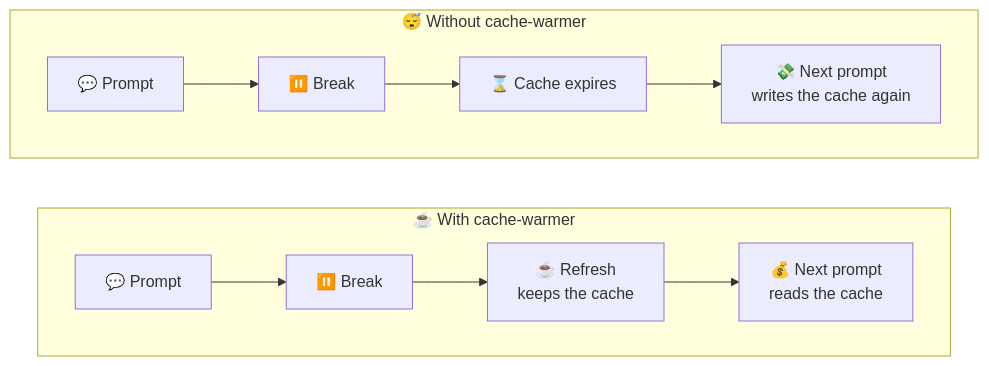
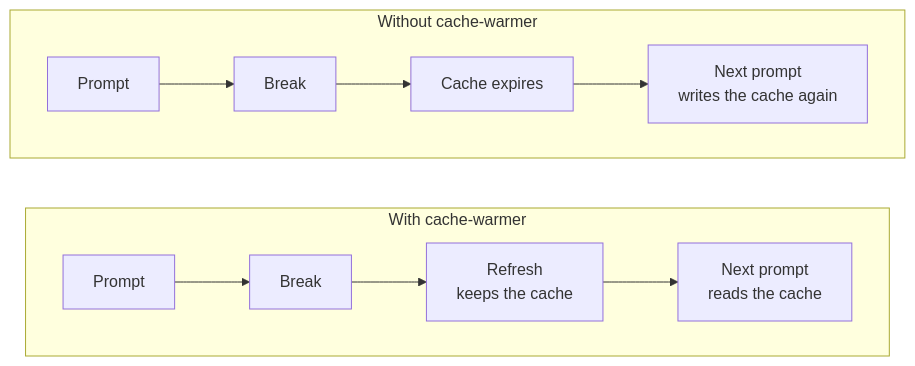
Before and after one commit to paulbkim-dev/claude-code-cache-warmer: the first of 2 diagrams in README.md, drawn with Mermaid. The commit also changed other lines of this file and 2 other files, not shown here.

````diff
--- a/README.md
+++ b/README.md
@@ -29,11 +30,11 @@
 ```mermaid
 flowchart LR
-    subgraph with["☕ With cache-warmer"]
+    subgraph with["With cache-warmer"]
         direction LR
-        b1["💬 Prompt"] --> b2["⏸️ Break"] --> b3["☕ Refresh<br/>keeps the cache"] --> b4["💰 Next prompt<br/>reads the cache"]
+        b1["Prompt"] --> b2["Break"] --> b3["Refresh<br/>keeps the cache"] --> b4["Next prompt<br/>reads the cache"]
     end
-    subgraph without["😴 Without cache-warmer"]
+    subgraph without["Without cache-warmer"]
         direction LR
-        a1["💬 Prompt"] --> a2["⏸️ Break"] --> a3["⌛ Cache expires"] --> a4["💸 Next prompt<br/>writes the cache again"]
+        a1["Prompt"] --> a2["Break"] --> a3["Cache expires"] --> a4["Next prompt<br/>writes the cache again"]
     end
 ```
````
